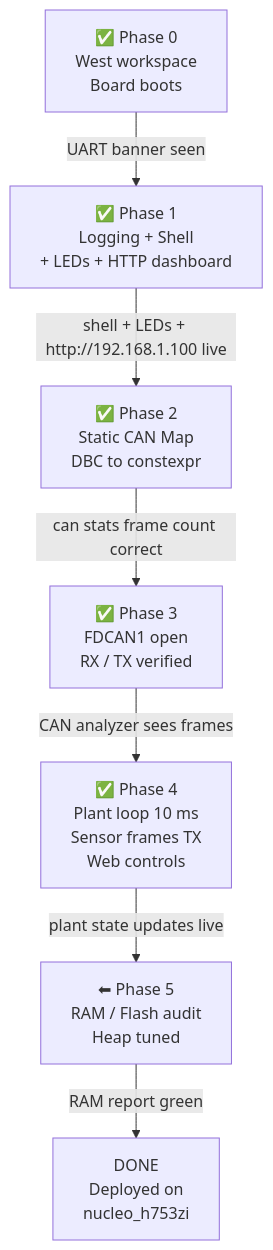
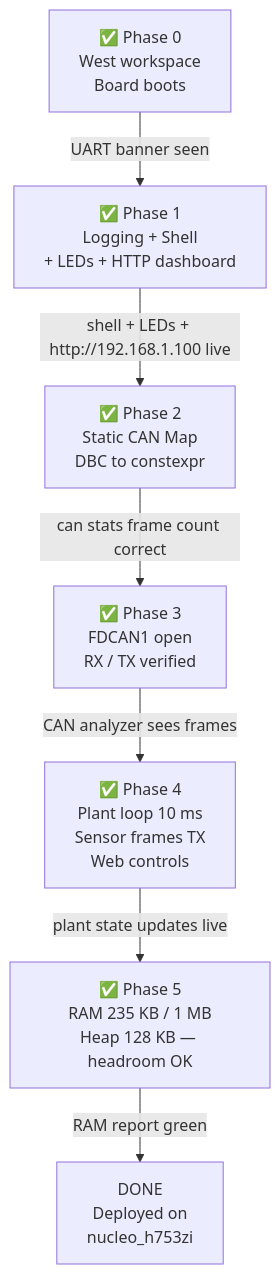
The seventh of 7 diagrams in docs/zephyr/ZEPHYR_PORT.md (mtilocca/vehicle-Dynamics-Sim-Can), drawn with Mermaid before and after one commit. The commit also changed other lines of this file and 2 other files, not shown here.

````diff
--- a/docs/zephyr/ZEPHYR_PORT.md
+++ b/docs/zephyr/ZEPHYR_PORT.md
@@ -795,17 +863,17 @@
 ```mermaid
 graph TD
     P0["✅ Phase 0\nWest workspace\nBoard boots"]
     P1["✅ Phase 1\nLogging + Shell\n+ LEDs + HTTP dashboard"]
     P2["✅ Phase 2\nStatic CAN Map\nDBC to constexpr"]
     P3["✅ Phase 3\nFDCAN1 open\nRX / TX verified"]
     P4["✅ Phase 4\nPlant loop 10 ms\nSensor frames TX\nWeb controls"]
-    P5["⬅ Phase 5\nRAM / Flash audit\nHeap tuned"]
+    P5["✅ Phase 5\nRAM 235 KB / 1 MB\nHeap 128 KB — headroom OK"]
     DONE["DONE\nDeployed on\nnucleo_h753zi"]
 
     P0 -->|"UART banner seen"| P1
     P1 -->|"shell + LEDs + http://192.168.1.100 live"| P2
     P2 -->|"can stats frame count correct"| P3
     P3 -->|"CAN analyzer sees frames"| P4
     P4 -->|"plant state updates live"| P5
     P5 -->|"RAM report green"| DONE
 ```
````
